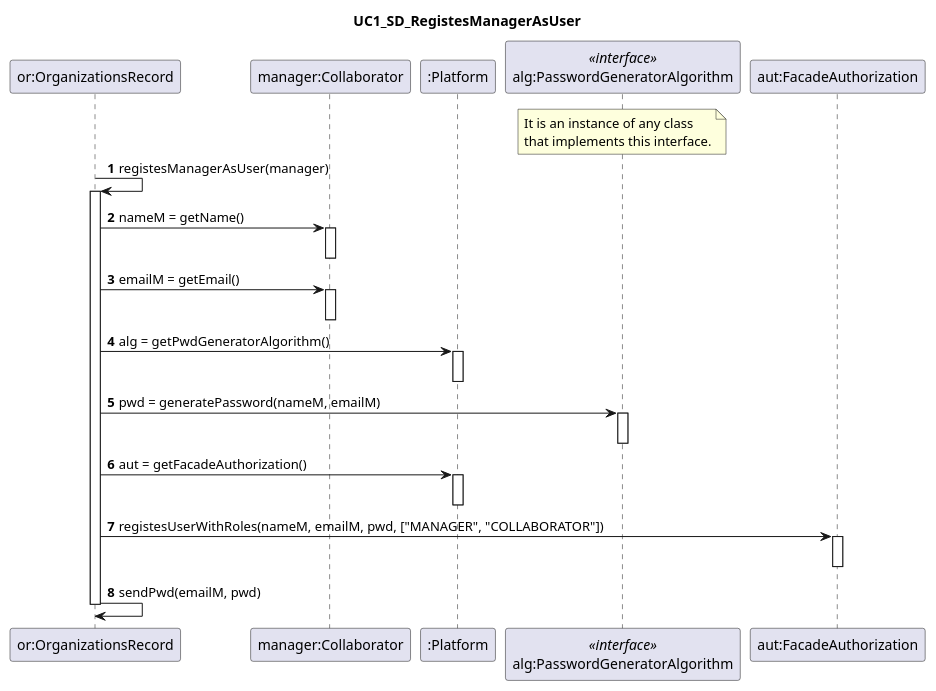
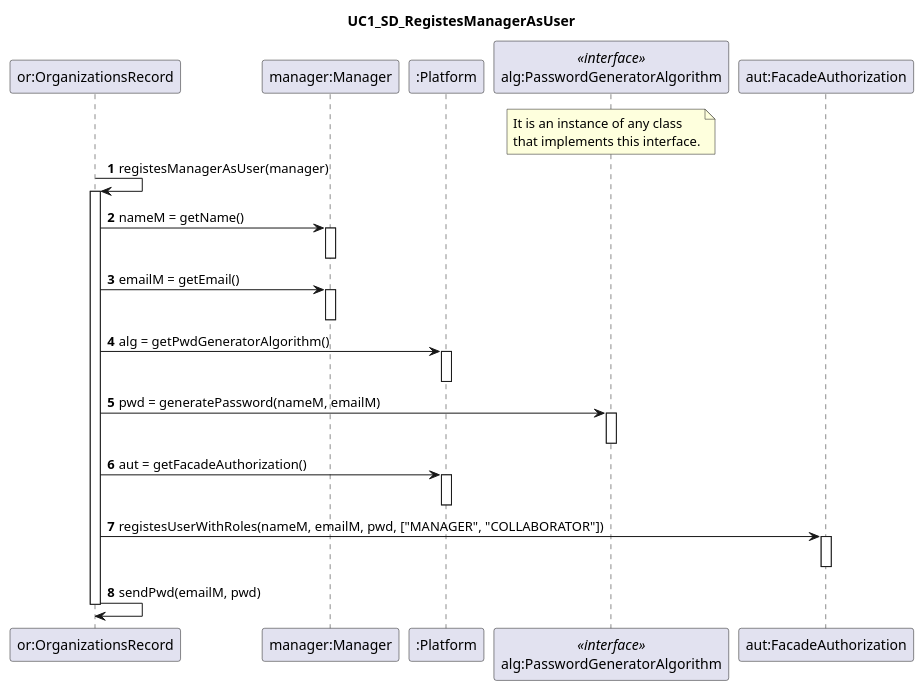
Before and after one commit to pedrolemos4/LAPR2: the diagram in docs/UC7 - Add New Organization/UC7_SD_MANAGER.puml, drawn with PlantUML. The commit also changed 11 other files, not shown here.

```diff
--- a/docs/UC7 - Add New Organization/UC7_SD_MANAGER.puml
+++ b/docs/UC7 - Add New Organization/UC7_SD_MANAGER.puml
@@ -1,47 +1,47 @@
 @startuml
 title UC1_SD_RegistesManagerAsUser
 autonumber
 
 participant "or:OrganizationsRecord" as ORGS
-participant "manager:Collaborator" as MANAGER
+participant "manager:Manager" as MANAGER
 participant ":Platform" as PLAT
 participant "alg:PasswordGeneratorAlgorithm" as ALG << interface >>
 participant "aut:FacadeAuthorization" as AUT
 
 note over of ALG
 It is an instance of any class 
 that implements this interface.
 end note
 
 ORGS -> ORGS: registesManagerAsUser(manager)
 activate ORGS
 
 ORGS -> MANAGER: nameM = getName()
 activate MANAGER
 deactivate MANAGER
 ORGS -> MANAGER: emailM = getEmail()
 activate MANAGER
 deactivate MANAGER
 
 ORGS -> PLAT : alg = getPwdGeneratorAlgorithm()
 activate PLAT
 deactivate PLAT
 
 ORGS -> ALG: pwd = generatePassword(nameM, emailM)
 activate ALG
 deactivate ALG
 
 ORGS -> PLAT : aut = getFacadeAuthorization()
 activate PLAT
 deactivate PLAT
 
 ORGS -> AUT: registesUserWithRoles(nameM, emailM, pwd, ["MANAGER", "COLLABORATOR"])
 activate AUT
 deactivate AUT
 
 
 ORGS -> ORGS: sendPwd(emailM, pwd)
 deactivate ORGS
 
 deactivate ORGS
 @enduml
```
